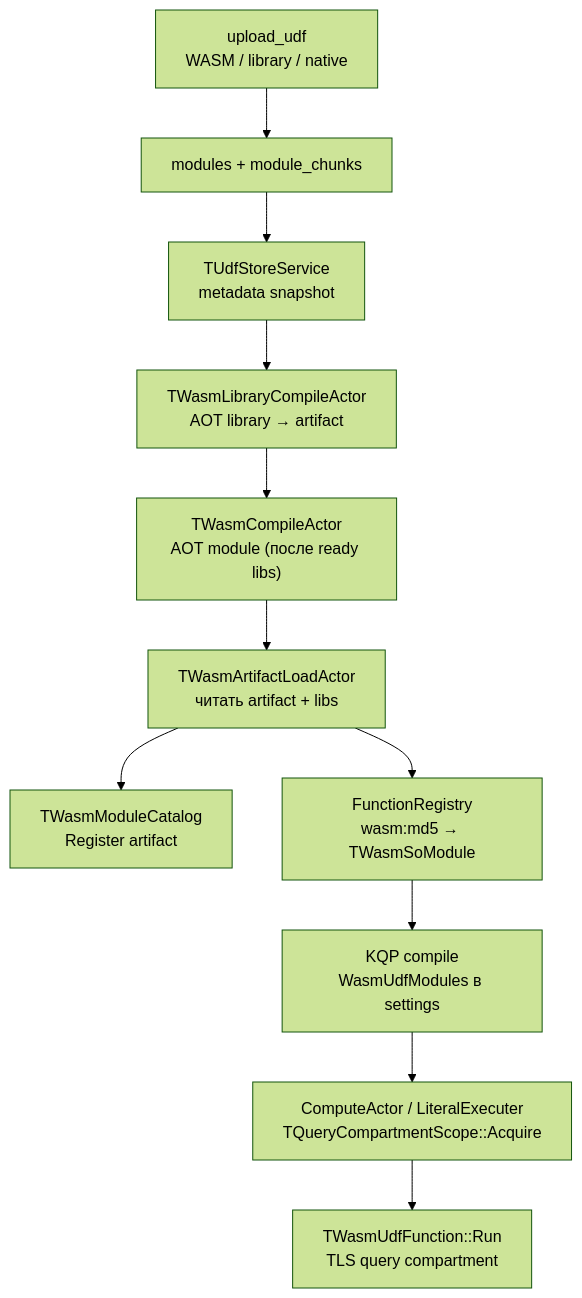
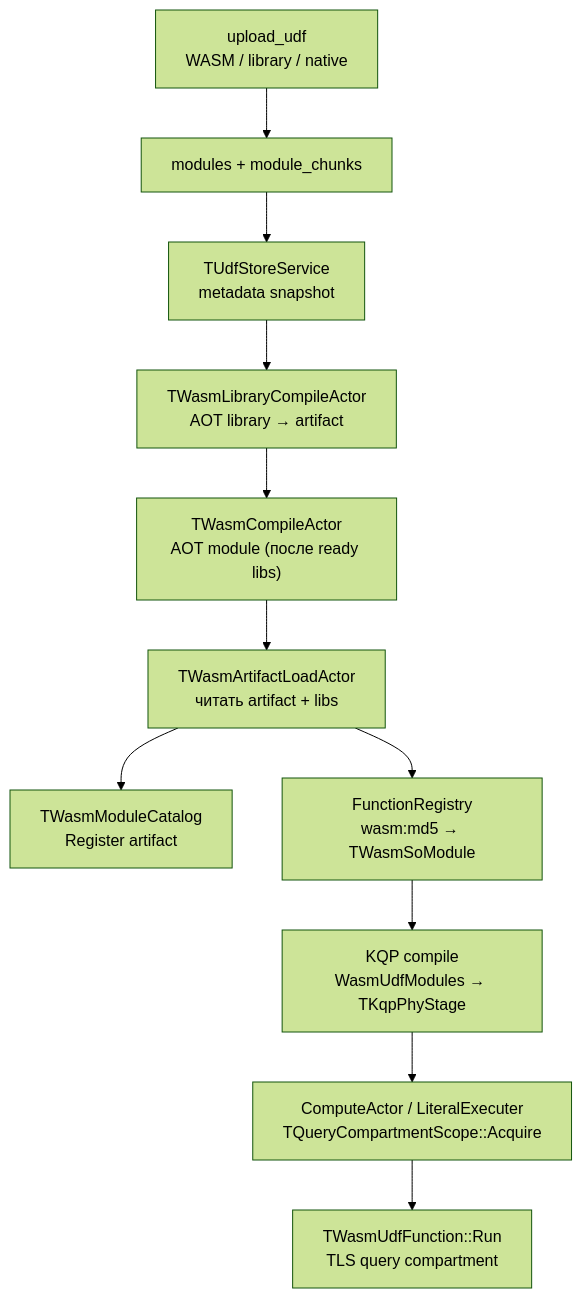
The diagram in ydb/services/udf_store/doc/wasm-udf-runtime.md (ydb-platform/ydb), drawn with Mermaid (forest theme) before and after one commit. The commit also changed other lines of this file and 15 other files, not shown here.

````diff
--- a/ydb/services/udf_store/doc/wasm-udf-runtime.md
+++ b/ydb/services/udf_store/doc/wasm-udf-runtime.md
@@ -19,13 +19,13 @@
 ```mermaid
 flowchart TD
   Upload["upload_udf<br/>WASM / library / native"] --> Modules["modules + module_chunks"]
   Modules --> Svc["TUdfStoreService<br/>metadata snapshot"]
   Svc --> LibAOT["TWasmLibraryCompileActor<br/>AOT library → artifact"]
   LibAOT --> ModAOT["TWasmCompileActor<br/>AOT module (после ready libs)"]
   ModAOT --> Load["TWasmArtifactLoadActor<br/>читать artifact + libs"]
   Load --> Catalog["TWasmModuleCatalog<br/>Register artifact"]
   Load --> FR["FunctionRegistry<br/>wasm:md5 → TWasmSoModule"]
-  FR --> Compile["KQP compile<br/>WasmUdfModules в settings"]
+  FR --> Compile["KQP compile<br/>WasmUdfModules → TKqpPhyStage"]
   Compile --> CA["ComputeActor / LiteralExecuter<br/>TQueryCompartmentScope::Acquire"]
   CA --> Run["TWasmUdfFunction::Run<br/>TLS query compartment"]
 ```
````
